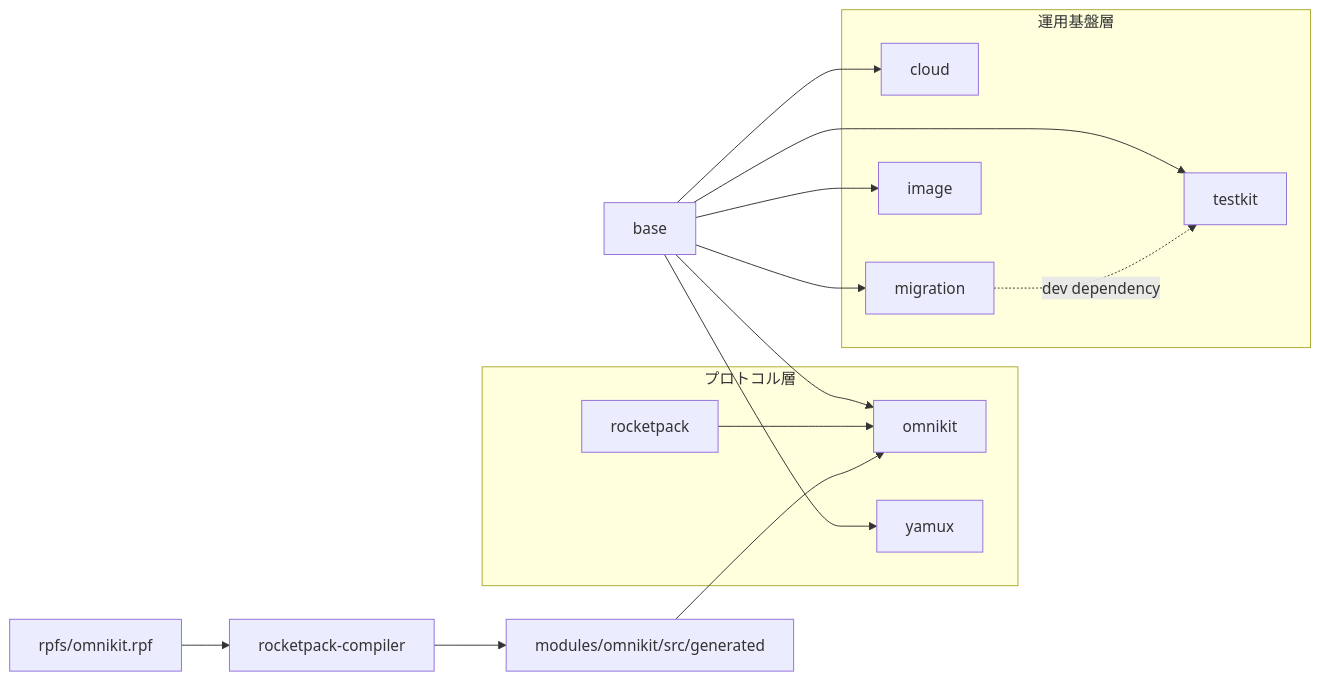
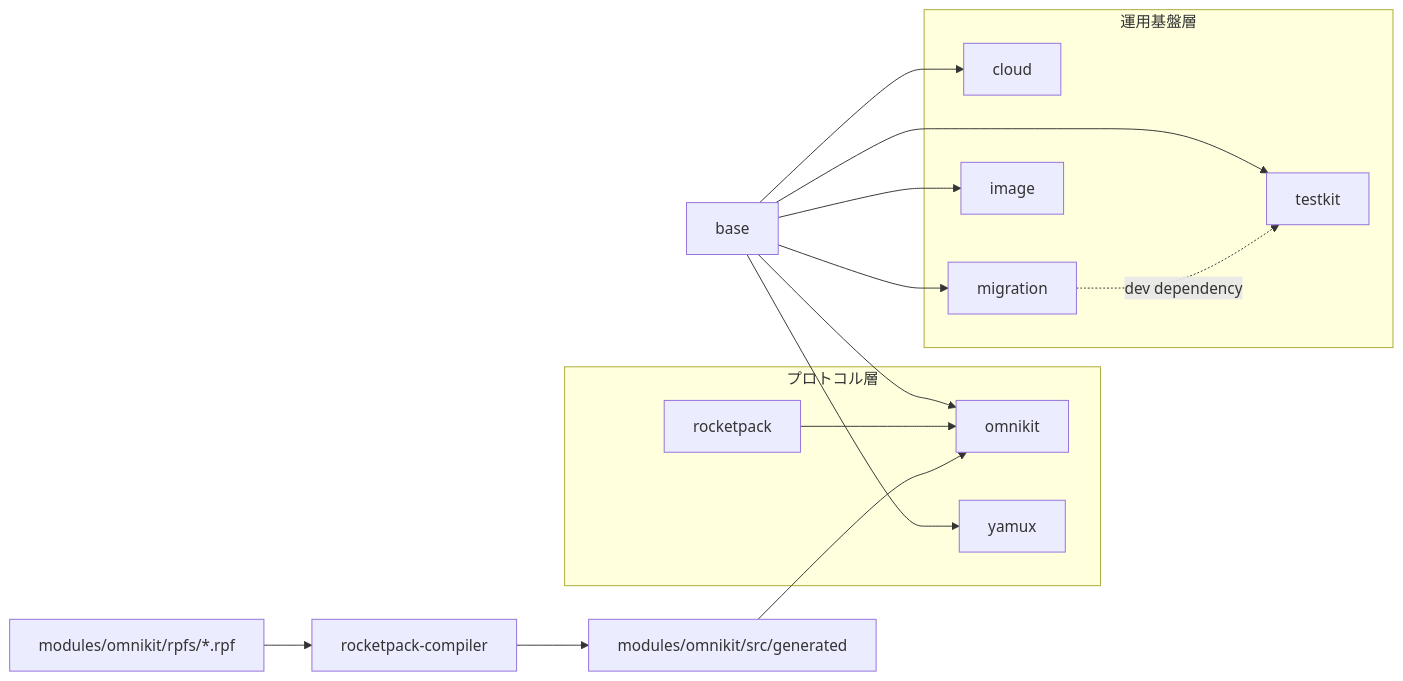
The first of 3 diagrams in docs/DESIGN.md (omnius-labs/core-rs), drawn with Mermaid before and after one commit. The commit also changed other lines of this file and 72 other files, not shown here.

First line of the commit message:
refactor(omnikit): split rpf per domain and align generated tree with model

````diff
--- a/docs/DESIGN.md
+++ b/docs/DESIGN.md
@@ -65,29 +65,29 @@
 ```mermaid
 flowchart LR
     base[base]
 
     subgraph protocol["プロトコル層"]
         rocketpack[rocketpack]
         omnikit[omnikit]
         yamux[yamux]
     end
 
     subgraph infra["運用基盤層"]
         cloud[cloud]
         migration[migration]
         testkit[testkit]
         image[image]
     end
 
-    rpf["rpfs/omnikit.rpf"] --> compiler["rocketpack-compiler"] --> gen["modules/omnikit/src/generated"]
+    rpf["modules/omnikit/rpfs/*.rpf"] --> compiler["rocketpack-compiler"] --> gen["modules/omnikit/src/generated"]
 
     base --> omnikit
     base --> yamux
     base --> cloud
     base --> migration
     base --> testkit
     base --> image
     rocketpack --> omnikit
     gen --> omnikit
     migration -. dev dependency .-> testkit
 ```
````
